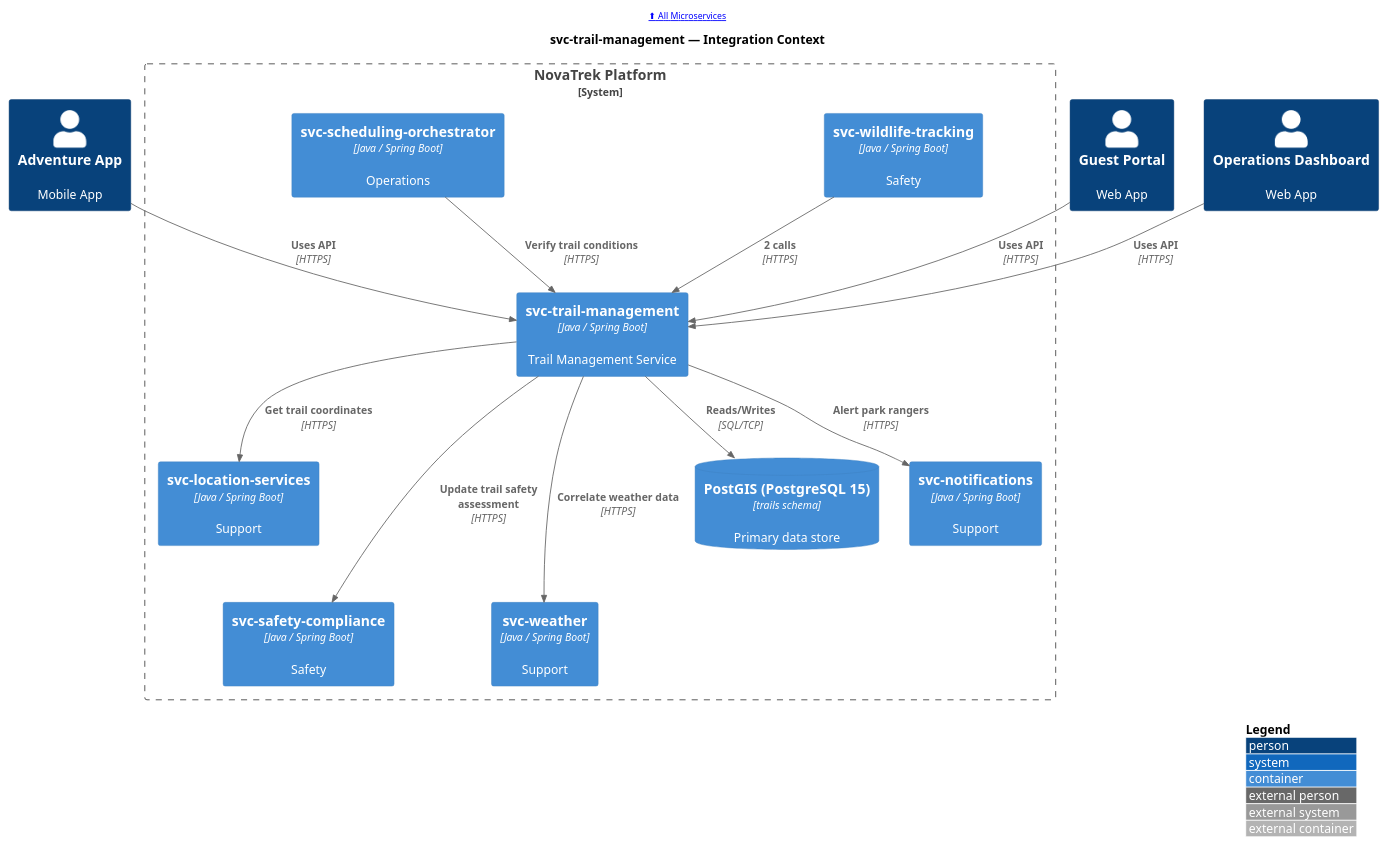
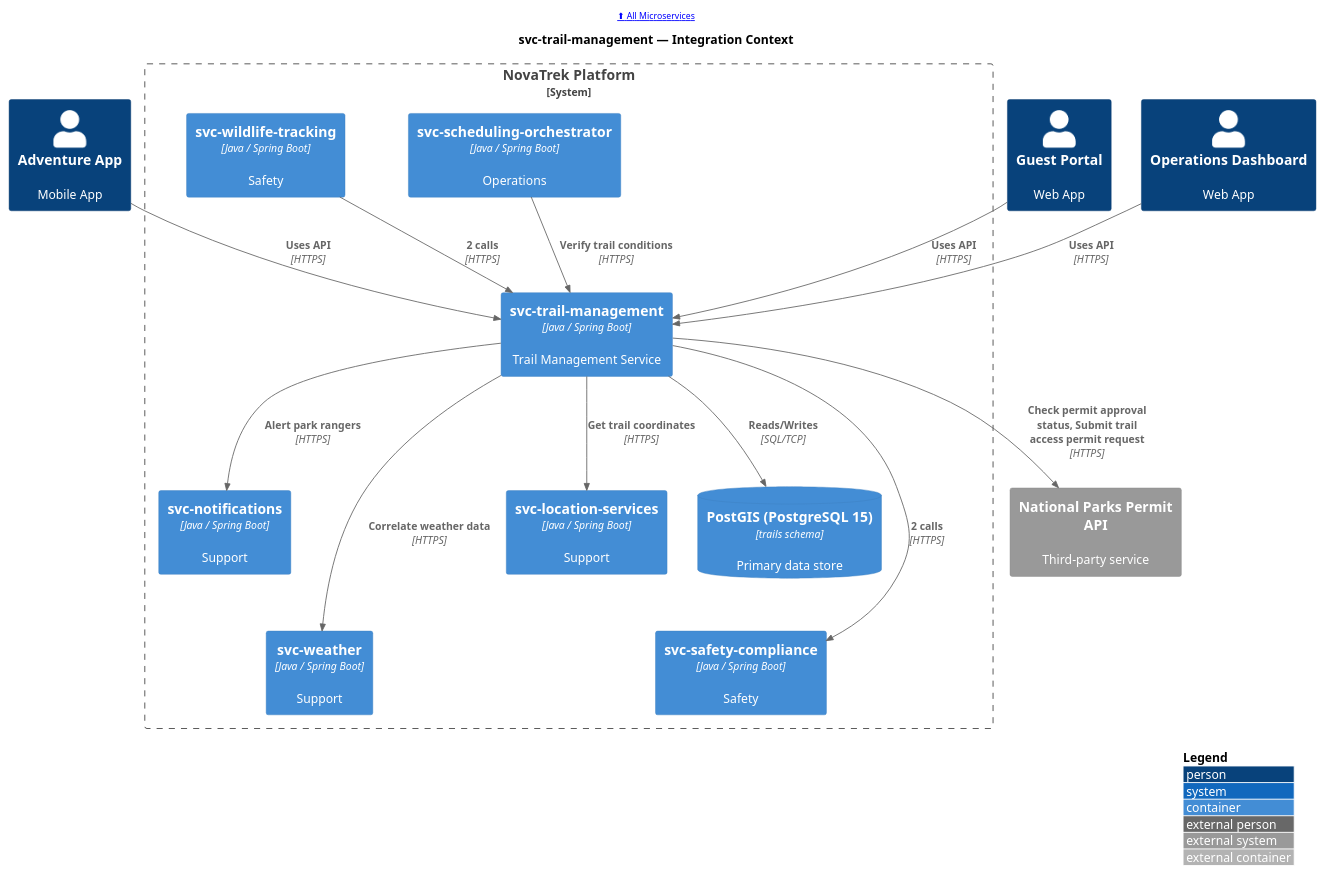
One commit to christopherblaisdell/continuous-architecture-platform-poc changed the diagram in portal/docs/microservices/puml/svc-trail-management--c4-context.puml. Above: the diagram before and after it, drawn with PlantUML. The commit also changed 31 other files, not shown here.

First line of the commit message:
feat: add 7 external third-party system integrations to domain map

```diff
--- a/portal/docs/microservices/puml/svc-trail-management--c4-context.puml
+++ b/portal/docs/microservices/puml/svc-trail-management--c4-context.puml
@@ -1,44 +1,46 @@
 @startuml
 !include <c4/C4_Container>
 
 LAYOUT_WITH_LEGEND()
 LAYOUT_TOP_DOWN()
 
 header [[/microservices/ ⬆ All Microservices]]
 
 title svc-trail-management — Integration Context
 
 Person(app_guest_mobile, "Adventure App", "Mobile App", $link="/applications/app-guest-mobile/#service-dependencies")
 Person(web_guest_portal, "Guest Portal", "Web App", $link="/applications/web-guest-portal/#service-dependencies")
 Person(web_ops_dashboard, "Operations Dashboard", "Web App", $link="/applications/web-ops-dashboard/#service-dependencies")
 
 System_Boundary(boundary, "NovaTrek Platform") {
     Container(svc_trail_management, "svc-trail-management", "Java / Spring Boot", "Trail Management Service", $link="/microservices/svc-trail-management/")
     ContainerDb(svc_trail_management_db, "PostGIS (PostgreSQL 15)", "trails schema", "Primary data store", $link="/microservices/svc-trail-management/#data-store")
     Container(svc_scheduling_orchestrator, "svc-scheduling-orchestrator", "Java / Spring Boot", "Operations", $link="/microservices/svc-scheduling-orchestrator/#integration-context")
     Container(svc_wildlife_tracking, "svc-wildlife-tracking", "Java / Spring Boot", "Safety", $link="/microservices/svc-wildlife-tracking/#integration-context")
     Container(svc_location_services, "svc-location-services", "Java / Spring Boot", "Support", $link="/microservices/svc-location-services/#integration-context")
     Container(svc_notifications, "svc-notifications", "Java / Spring Boot", "Support", $link="/microservices/svc-notifications/#integration-context")
     Container(svc_safety_compliance, "svc-safety-compliance", "Java / Spring Boot", "Safety", $link="/microservices/svc-safety-compliance/#integration-context")
     Container(svc_weather, "svc-weather", "Java / Spring Boot", "Support", $link="/microservices/svc-weather/#integration-context")
 }
 
+System_Ext(National_Parks_Permit_API, "National Parks Permit API", "Third-party service", $link="/actors/#national-parks-permit-api")
 
 Rel(app_guest_mobile, svc_trail_management, "Uses API", "HTTPS")
 Rel(web_guest_portal, svc_trail_management, "Uses API", "HTTPS")
 Rel(web_ops_dashboard, svc_trail_management, "Uses API", "HTTPS")
 Rel(svc_scheduling_orchestrator, svc_trail_management, "Verify trail conditions", "HTTPS")
 Rel(svc_wildlife_tracking, svc_trail_management, "2 calls", "HTTPS")
 Rel(svc_trail_management, svc_trail_management_db, "Reads/Writes", "SQL/TCP")
 Rel(svc_trail_management, svc_location_services, "Get trail coordinates", "HTTPS")
 Rel(svc_trail_management, svc_notifications, "Alert park rangers", "HTTPS")
-Rel(svc_trail_management, svc_safety_compliance, "Update trail safety assessment", "HTTPS")
+Rel(svc_trail_management, svc_safety_compliance, "2 calls", "HTTPS")
 Rel(svc_trail_management, svc_weather, "Correlate weather data", "HTTPS")
+Rel(svc_trail_management, National_Parks_Permit_API, "Check permit approval status, Submit trail access permit request", "HTTPS")
 
 ' Layout hints: stack peers in columns
 Lay_D(svc_scheduling_orchestrator, svc_location_services)
 Lay_D(svc_wildlife_tracking, svc_notifications)
 Lay_D(svc_location_services, svc_safety_compliance)
 Lay_D(svc_notifications, svc_weather)
 
 @enduml
```
